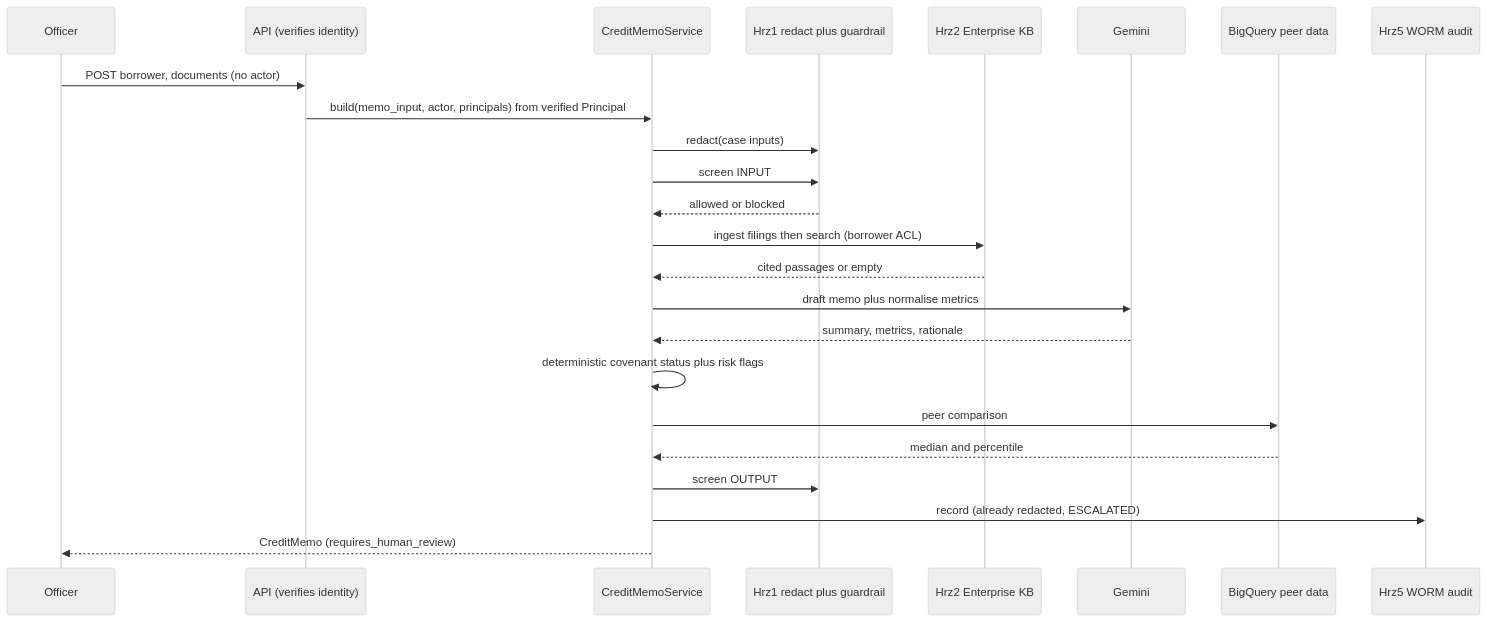
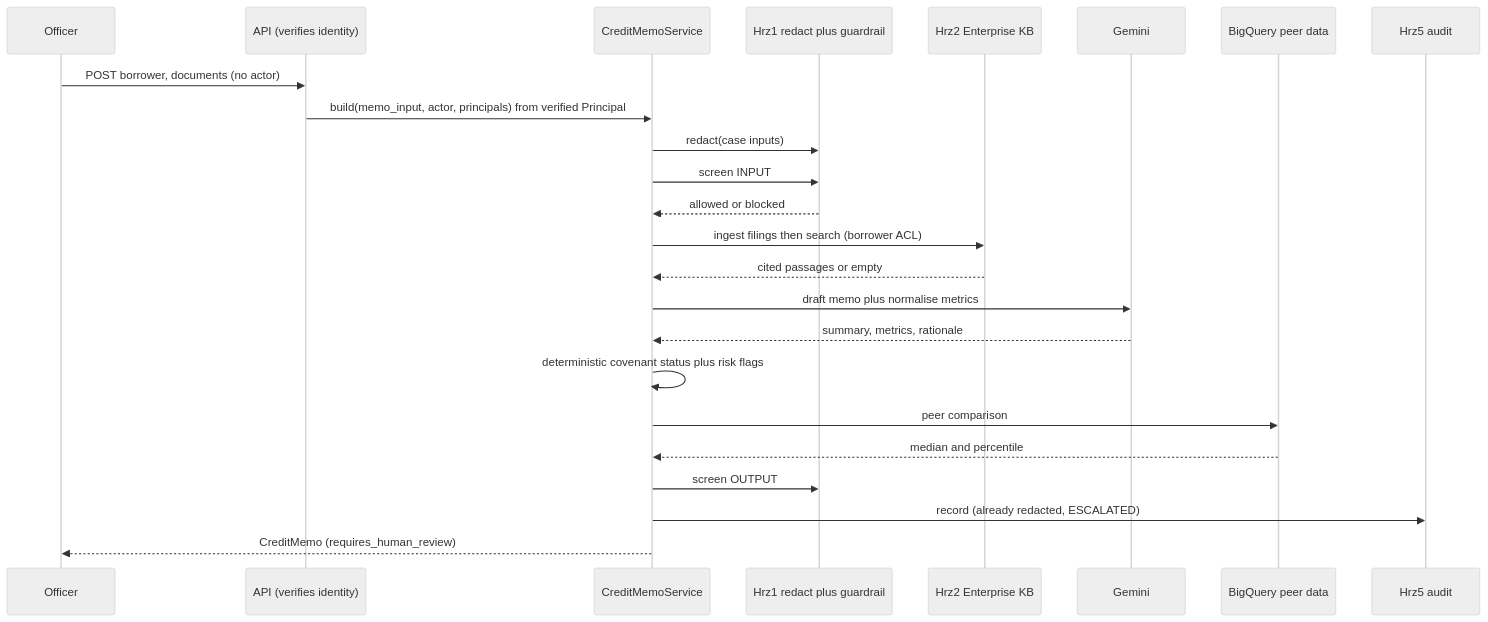
Before and after one commit to portable-genai/credit-memo-drafting: the second of 3 diagrams in ARCHITECTURE.md, drawn with Mermaid (neutral theme). The commit also changed other lines of this file and 36 other files, not shown here.

````diff
--- a/ARCHITECTURE.md
+++ b/ARCHITECTURE.md
@@ -57,26 +57,26 @@
 ```mermaid
 sequenceDiagram
   participant Officer
   participant API as API (verifies identity)
   participant Service as CreditMemoService
   participant Safety as Hrz1 redact plus guardrail
   participant KB as Hrz2 Enterprise KB
   participant LLM as Gemini
   participant Peer as BigQuery peer data
-  participant Audit as Hrz5 WORM audit
+  participant Audit as Hrz5 audit
   Officer->>API: POST borrower, documents (no actor)
   API->>Service: build(memo_input, actor, principals) from verified Principal
   Service->>Safety: redact(case inputs)
   Service->>Safety: screen INPUT
   Safety-->>Service: allowed or blocked
   Service->>KB: ingest filings then search (borrower ACL)
   KB-->>Service: cited passages or empty
   Service->>LLM: draft memo plus normalise metrics
   LLM-->>Service: summary, metrics, rationale
   Service->>Service: deterministic covenant status plus risk flags
   Service->>Peer: peer comparison
   Peer-->>Service: median and percentile
   Service->>Safety: screen OUTPUT
   Service->>Audit: record (already redacted, ESCALATED)
   Service-->>Officer: CreditMemo (requires_human_review)
 ```
````
